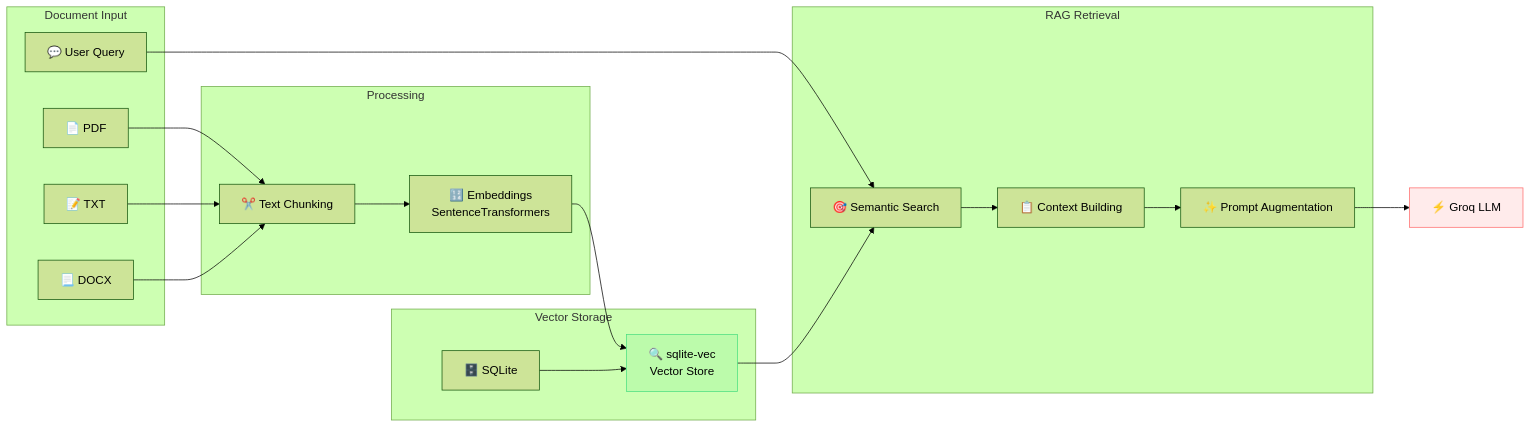
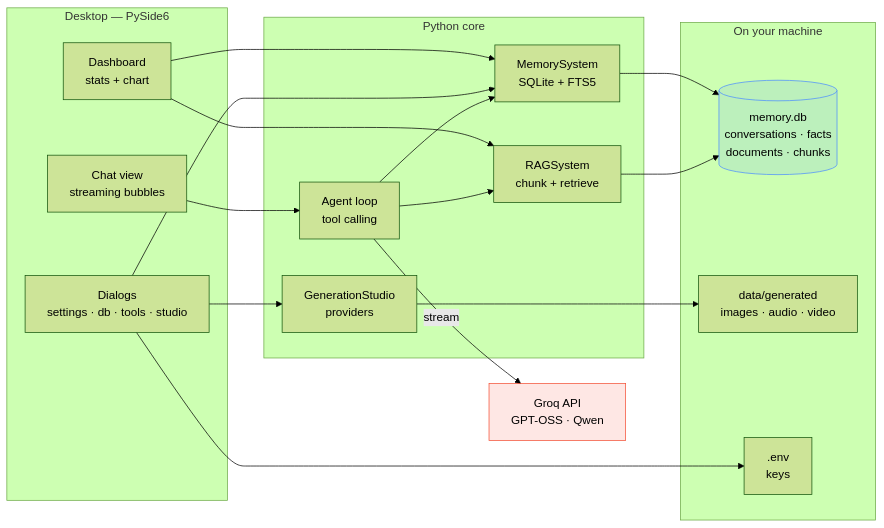
The first of 2 diagrams in README.md (rhasan2026g-cell/GroqChatbot), drawn with Mermaid (forest theme) before and after one commit. The commit also changed other lines of this file and 83 other files, not shown here.

````diff
--- a/README.md
+++ b/README.md
@@ -71,41 +164,39 @@
 ```mermaid
-graph LR
-    subgraph Input["Document Input"]
-        PDF["📄 PDF"]
-        TXT["📝 TXT"]
-        DOCX["📃 DOCX"]
-        User["💬 User Query"]
+flowchart LR
+    subgraph UI["Desktop — PySide6"]
+        Chat["Chat view<br/>streaming bubbles"]
+        Dash["Dashboard<br/>stats + chart"]
+        Dlg["Dialogs<br/>settings · db · tools · studio"]
     end
-    
-    subgraph Processing["Processing"]
-        Chunk["✂️ Text Chunking"]
-        Embed["🔢 Embeddings<br/>SentenceTransformers"]
+
+    subgraph Core["Python core"]
+        Agent["Agent loop<br/>tool calling"]
+        Mem["MemorySystem<br/>SQLite + FTS5"]
+        RAG["RAGSystem<br/>chunk + retrieve"]
+        Gen["GenerationStudio<br/>providers"]
     end
-    
-    subgraph Storage["Vector Storage"]
-        SQLite["🗄️ SQLite"]
-        VecDB["🔍 sqlite-vec<br/>Vector Store"]
+
+    subgraph Local["On your machine"]
+        DB[("memory.db<br/>conversations · facts<br/>documents · chunks")]
+        Files["data/generated<br/>images · audio · video"]
+        Env[".env<br/>keys"]
     end
-    
-    subgraph Retrieval["RAG Retrieval"]
-        Search["🎯 Semantic Search"]
-        Context["📋 Context Building"]
-        Augment["✨ Prompt Augmentation"]
-    end
-    
-    PDF --> Chunk
-    TXT --> Chunk
-    DOCX --> Chunk
-    Chunk --> Embed
-    Embed --> VecDB
-    SQLite --> VecDB
-    
-    User --> Search
-    VecDB --> Search
-    Search --> Context
-    Context --> Augment
-    Augment --> LLM["⚡ Groq LLM"]
-    
-    style VecDB fill:#4ade8022,stroke:#4ade80
-    style LLM fill:#ff6b6b22,stroke:#ff6b6b
+
+    Groq["Groq API<br/>GPT-OSS · Qwen"]
+
+    Chat --> Agent
+    Dash --> Mem
+    Dash --> RAG
+    Dlg --> Mem
+    Dlg --> Gen
+    Agent --> Mem
+    Agent --> RAG
+    Agent -->|stream| Groq
+    Mem --> DB
+    RAG --> DB
+    Gen --> Files
+    Dlg --> Env
+
+    style Groq fill:#F5503622,stroke:#F55036
+    style DB fill:#4C8DFF22,stroke:#4C8DFF
 ```
````
